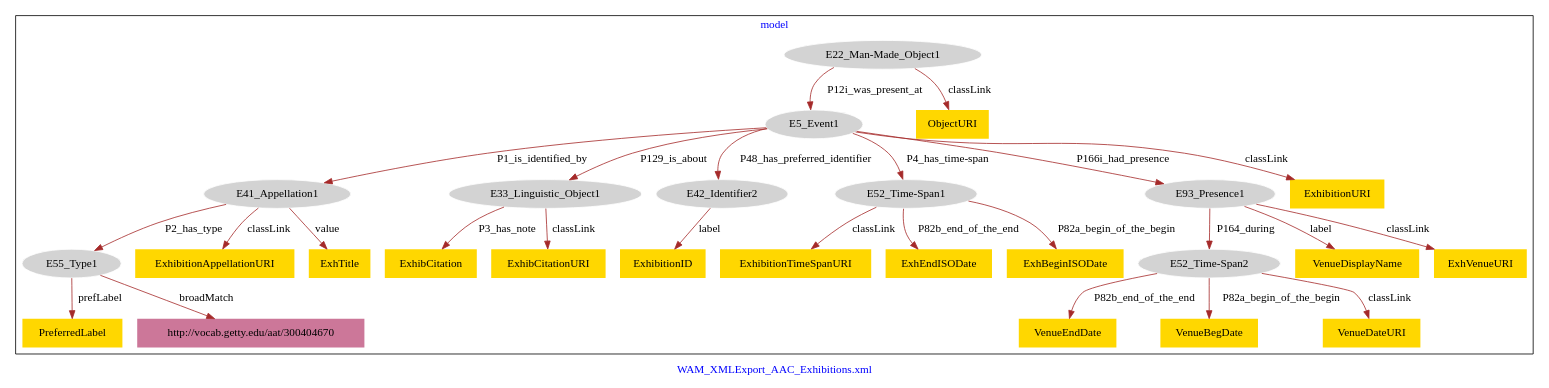
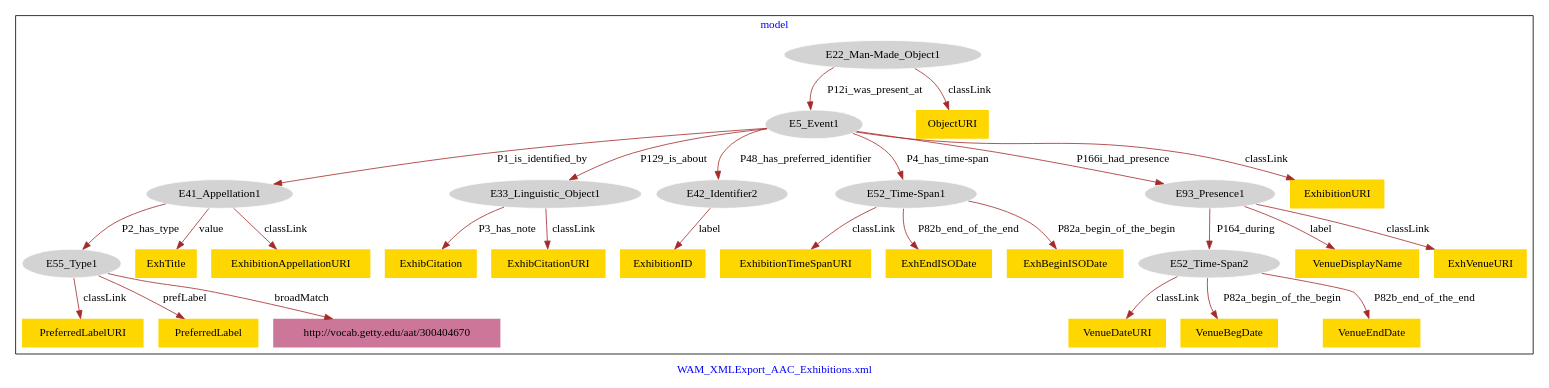
One commit to american-art/wam changed the diagram in WAM_AAC_Exhibitions/WAM_AAC_Exhibitions-model.dot. Above: the diagram before and after it, drawn with Graphviz.

Commit message:
Update file WAM_AAC_Exhibitions-model.dot

```diff
--- a/WAM_AAC_Exhibitions/WAM_AAC_Exhibitions-model.dot
+++ b/WAM_AAC_Exhibitions/WAM_AAC_Exhibitions-model.dot
@@ -1,59 +1,61 @@
 digraph n0 {
 fontcolor="blue"
 remincross="true"
 label="WAM_XMLExport_AAC_Exhibitions.xml"
 subgraph cluster {
 label="model"
 n2[style="filled",color="white",fillcolor="lightgray",label="E22_Man-Made_Object1"];
 n3[style="filled",color="white",fillcolor="lightgray",label="E5_Event1"];
 n4[style="filled",color="white",fillcolor="lightgray",label="E41_Appellation1"];
 n5[style="filled",color="white",fillcolor="lightgray",label="E55_Type1"];
 n6[style="filled",color="white",fillcolor="lightgray",label="E33_Linguistic_Object1"];
 n7[style="filled",color="white",fillcolor="lightgray",label="E42_Identifier2"];
 n8[style="filled",color="white",fillcolor="lightgray",label="E52_Time-Span1"];
 n9[style="filled",color="white",fillcolor="lightgray",label="E93_Presence1"];
 n10[style="filled",color="white",fillcolor="lightgray",label="E52_Time-Span2"];
 n11[shape="plaintext",style="filled",fillcolor="gold",label="ExhibitionTimeSpanURI"];
-n12[shape="plaintext",style="filled",fillcolor="gold",label="ExhibitionID"];
-n13[shape="plaintext",style="filled",fillcolor="gold",label="VenueDisplayName"];
-n14[shape="plaintext",style="filled",fillcolor="gold",label="VenueEndDate"];
-n15[shape="plaintext",style="filled",fillcolor="gold",label="ExhibitionAppellationURI"];
-n16[shape="plaintext",style="filled",fillcolor="gold",label="PreferredLabel"];
-n17[shape="plaintext",style="filled",fillcolor="gold",label="ExhibCitation"];
-n18[shape="plaintext",style="filled",fillcolor="gold",label="VenueBegDate"];
-n19[shape="plaintext",style="filled",fillcolor="gold",label="ExhTitle"];
-n20[shape="plaintext",style="filled",fillcolor="gold",label="ExhEndISODate"];
-n21[shape="plaintext",style="filled",fillcolor="gold",label="ExhBeginISODate"];
-n22[shape="plaintext",style="filled",fillcolor="gold",label="ExhibCitationURI"];
-n23[shape="plaintext",style="filled",fillcolor="gold",label="ExhibitionURI"];
-n24[shape="plaintext",style="filled",fillcolor="gold",label="VenueDateURI"];
-n25[shape="plaintext",style="filled",fillcolor="gold",label="ExhVenueURI"];
-n26[shape="plaintext",style="filled",fillcolor="gold",label="ObjectURI"];
-n27[shape="plaintext",style="filled",fillcolor="#CC7799",label="http://vocab.getty.edu/aat/300404670"];
+n12[shape="plaintext",style="filled",fillcolor="gold",label="ExhEndISODate"];
+n13[shape="plaintext",style="filled",fillcolor="gold",label="ExhBeginISODate"];
+n14[shape="plaintext",style="filled",fillcolor="gold",label="VenueDateURI"];
+n15[shape="plaintext",style="filled",fillcolor="gold",label="ExhibCitation"];
+n16[shape="plaintext",style="filled",fillcolor="gold",label="ExhibitionID"];
+n17[shape="plaintext",style="filled",fillcolor="gold",label="VenueBegDate"];
+n18[shape="plaintext",style="filled",fillcolor="gold",label="VenueDisplayName"];
+n19[shape="plaintext",style="filled",fillcolor="gold",label="VenueEndDate"];
+n20[shape="plaintext",style="filled",fillcolor="gold",label="ExhTitle"];
+n21[shape="plaintext",style="filled",fillcolor="gold",label="ExhVenueURI"];
+n22[shape="plaintext",style="filled",fillcolor="gold",label="PreferredLabelURI"];
+n23[shape="plaintext",style="filled",fillcolor="gold",label="ObjectURI"];
+n24[shape="plaintext",style="filled",fillcolor="gold",label="PreferredLabel"];
+n25[shape="plaintext",style="filled",fillcolor="gold",label="ExhibitionAppellationURI"];
+n26[shape="plaintext",style="filled",fillcolor="gold",label="ExhibCitationURI"];
+n27[shape="plaintext",style="filled",fillcolor="gold",label="ExhibitionURI"];
+n28[shape="plaintext",style="filled",fillcolor="#CC7799",label="http://vocab.getty.edu/aat/300404670"];
 }
 n2 -> n3[color="brown",fontcolor="black",label="P12i_was_present_at"]
 n4 -> n5[color="brown",fontcolor="black",label="P2_has_type"]
 n3 -> n6[color="brown",fontcolor="black",label="P129_is_about"]
 n3 -> n4[color="brown",fontcolor="black",label="P1_is_identified_by"]
 n3 -> n7[color="brown",fontcolor="black",label="P48_has_preferred_identifier"]
 n3 -> n8[color="brown",fontcolor="black",label="P4_has_time-span"]
 n3 -> n9[color="brown",fontcolor="black",label="P166i_had_presence"]
 n9 -> n10[color="brown",fontcolor="black",label="P164_during"]
 n8 -> n11[color="brown",fontcolor="black",label="classLink"]
-n7 -> n12[color="brown",fontcolor="black",label="label"]
-n9 -> n13[color="brown",fontcolor="black",label="label"]
-n10 -> n14[color="brown",fontcolor="black",label="P82b_end_of_the_end"]
-n4 -> n15[color="brown",fontcolor="black",label="classLink"]
-n5 -> n16[color="brown",fontcolor="black",label="prefLabel"]
-n6 -> n17[color="brown",fontcolor="black",label="P3_has_note"]
-n10 -> n18[color="brown",fontcolor="black",label="P82a_begin_of_the_begin"]
-n4 -> n19[color="brown",fontcolor="black",label="value"]
-n8 -> n20[color="brown",fontcolor="black",label="P82b_end_of_the_end"]
-n8 -> n21[color="brown",fontcolor="black",label="P82a_begin_of_the_begin"]
-n6 -> n22[color="brown",fontcolor="black",label="classLink"]
-n3 -> n23[color="brown",fontcolor="black",label="classLink"]
-n10 -> n24[color="brown",fontcolor="black",label="classLink"]
-n9 -> n25[color="brown",fontcolor="black",label="classLink"]
-n2 -> n26[color="brown",fontcolor="black",label="classLink"]
-n5 -> n27[color="brown",fontcolor="black",label="broadMatch"]
+n8 -> n12[color="brown",fontcolor="black",label="P82b_end_of_the_end"]
+n8 -> n13[color="brown",fontcolor="black",label="P82a_begin_of_the_begin"]
+n10 -> n14[color="brown",fontcolor="black",label="classLink"]
+n6 -> n15[color="brown",fontcolor="black",label="P3_has_note"]
+n7 -> n16[color="brown",fontcolor="black",label="label"]
+n10 -> n17[color="brown",fontcolor="black",label="P82a_begin_of_the_begin"]
+n9 -> n18[color="brown",fontcolor="black",label="label"]
+n10 -> n19[color="brown",fontcolor="black",label="P82b_end_of_the_end"]
+n4 -> n20[color="brown",fontcolor="black",label="value"]
+n9 -> n21[color="brown",fontcolor="black",label="classLink"]
+n5 -> n22[color="brown",fontcolor="black",label="classLink"]
+n2 -> n23[color="brown",fontcolor="black",label="classLink"]
+n5 -> n24[color="brown",fontcolor="black",label="prefLabel"]
+n4 -> n25[color="brown",fontcolor="black",label="classLink"]
+n6 -> n26[color="brown",fontcolor="black",label="classLink"]
+n3 -> n27[color="brown",fontcolor="black",label="classLink"]
+n5 -> n28[color="brown",fontcolor="black",label="broadMatch"]
 }
```
